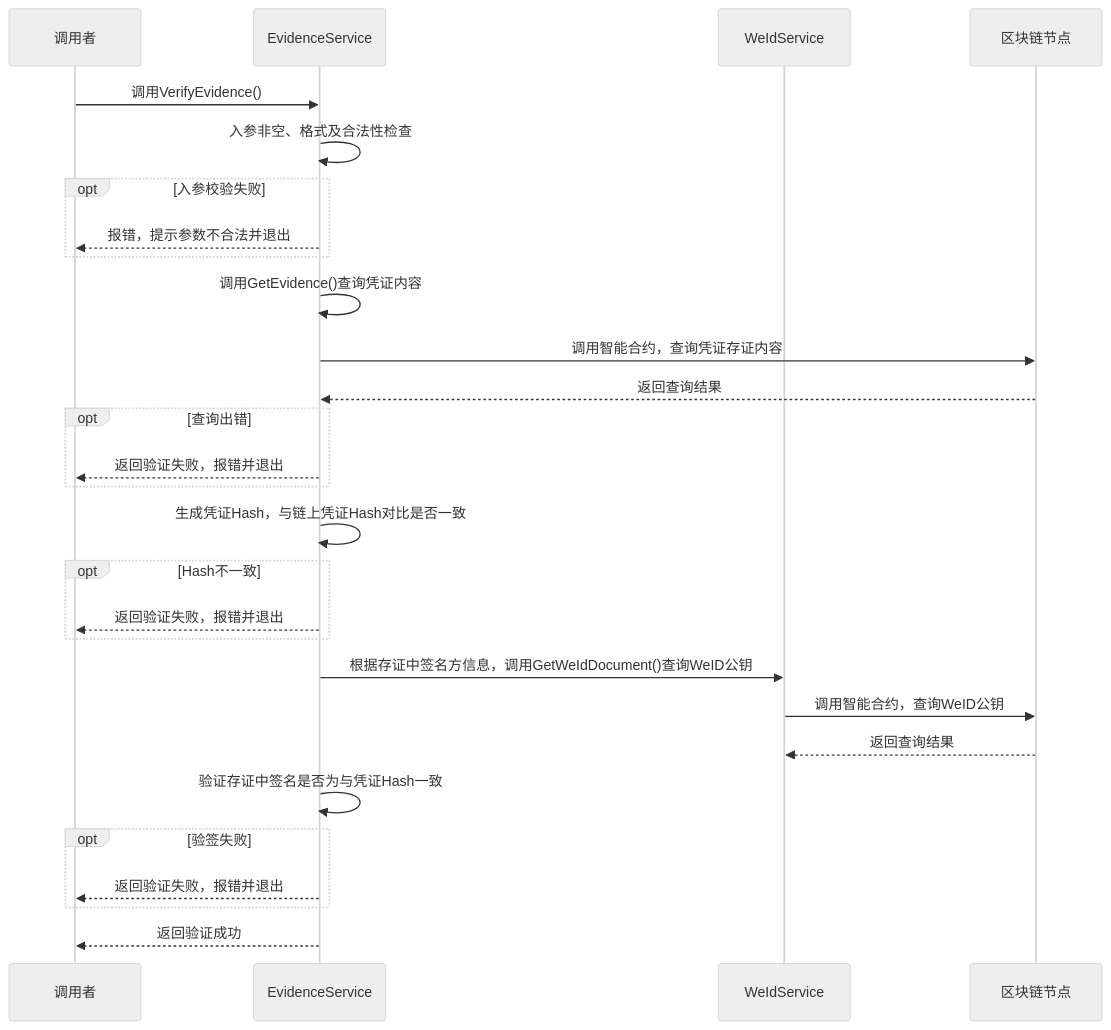
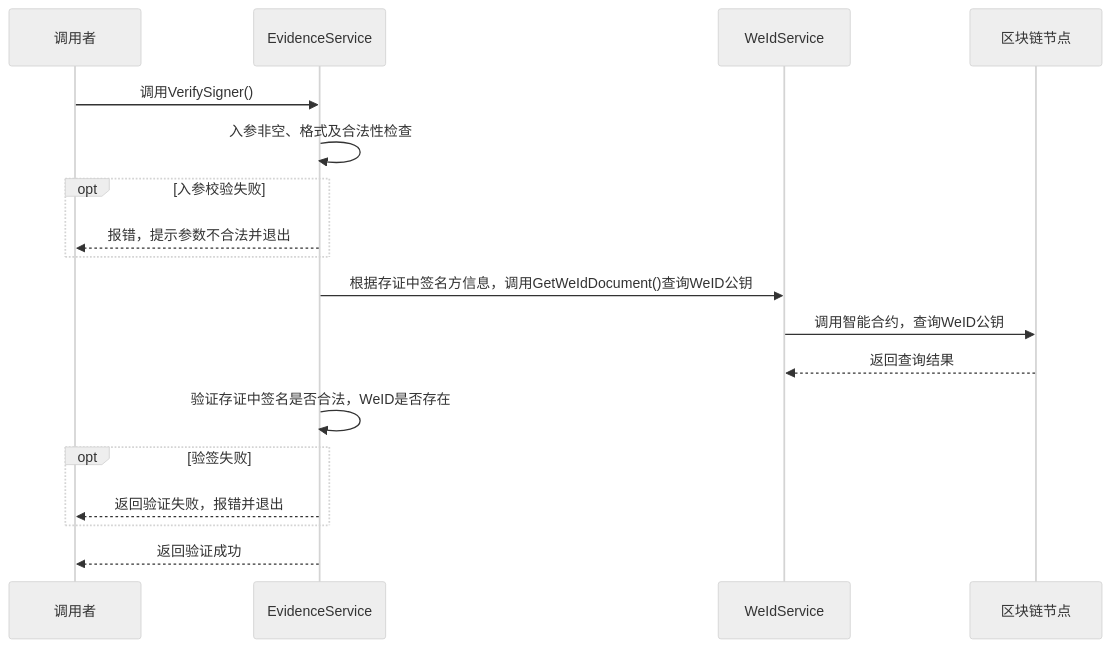
Diagram 29 of 46 in docs/zh_CN/docs/weidentity-java-sdk-doc.rst (WeBankBlockchain/WeIdentity), drawn with Mermaid (neutral theme) before and after one commit. The commit also changed other lines of this file and 18 other files, not shown here.

```diff
--- a/docs/zh_CN/docs/weidentity-java-sdk-doc.rst
+++ b/docs/zh_CN/docs/weidentity-java-sdk-doc.rst
@@ -8823,30 +8533,20 @@
 .. mermaid::
 
    sequenceDiagram
    participant 调用者
    participant EvidenceService
    participant WeIdService
    participant 区块链节点
-   调用者->>EvidenceService: 调用VerifyEvidence()
+   调用者->>EvidenceService: 调用VerifySigner()
    EvidenceService->>EvidenceService: 入参非空、格式及合法性检查
    opt 入参校验失败
    EvidenceService-->>调用者: 报错，提示参数不合法并退出
    end
-   EvidenceService->>EvidenceService: 调用GetEvidence()查询凭证内容
-   EvidenceService->>区块链节点: 调用智能合约，查询凭证存证内容
-   区块链节点-->>EvidenceService: 返回查询结果
-   opt 查询出错
-   EvidenceService-->>调用者: 返回验证失败，报错并退出
-   end
-   EvidenceService->>EvidenceService: 生成凭证Hash，与链上凭证Hash对比是否一致
-   opt Hash不一致
-   EvidenceService-->>调用者: 返回验证失败，报错并退出
-   end
    EvidenceService->>WeIdService: 根据存证中签名方信息，调用GetWeIdDocument()查询WeID公钥
    WeIdService->>区块链节点: 调用智能合约，查询WeID公钥
    区块链节点-->>WeIdService: 返回查询结果
-   EvidenceService->>EvidenceService: 验证存证中签名是否为与凭证Hash一致
+   EvidenceService->>EvidenceService: 验证存证中签名是否合法，WeID是否存在
    opt 验签失败
    EvidenceService-->>调用者: 返回验证失败，报错并退出
    end
    EvidenceService-->>调用者: 返回验证成功
```
